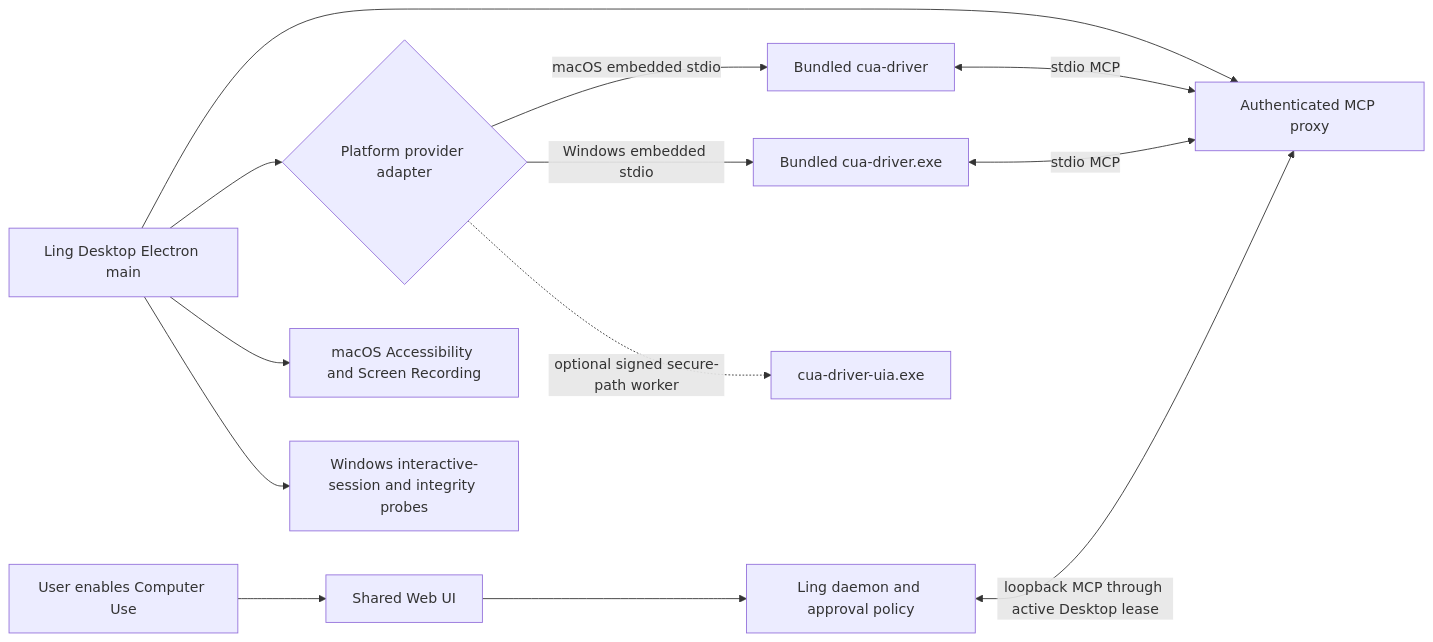
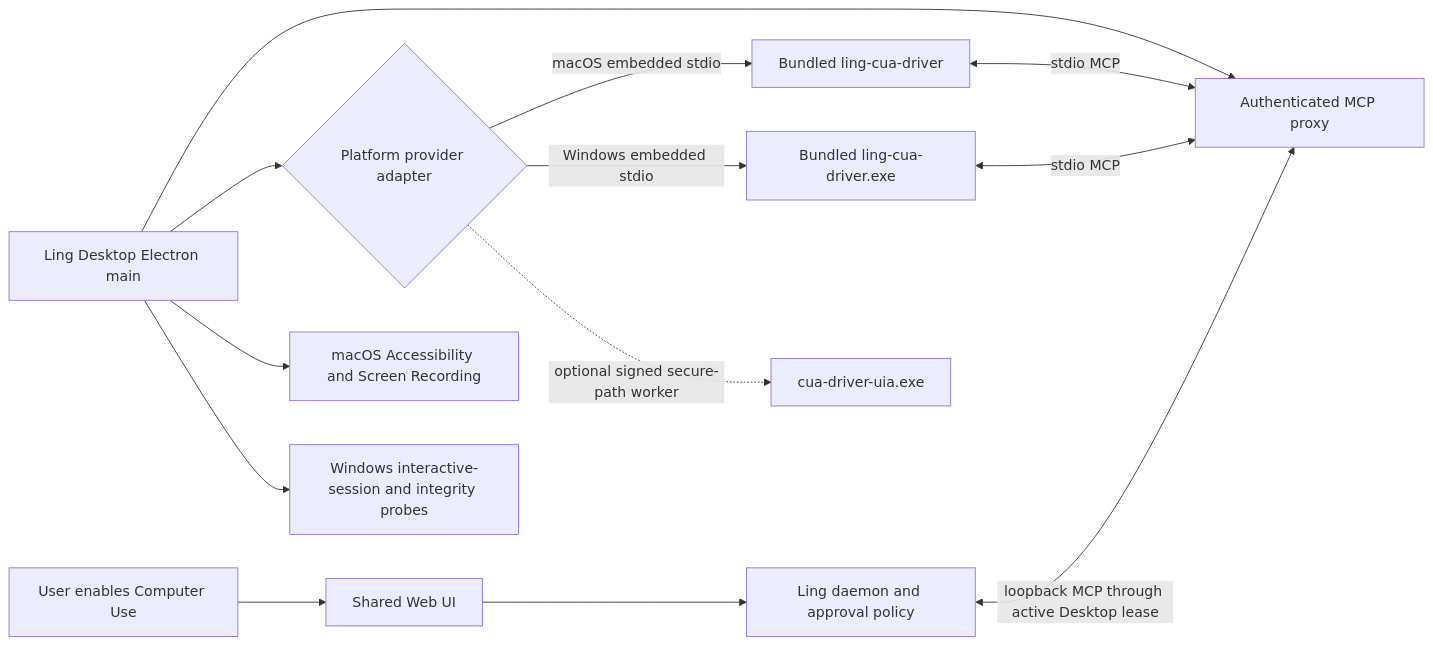
One commit to ling-stack-org/ling-stack changed the diagram in docs/design/cua-driver-bundled-embedded.md. Above: the diagram before and after it, drawn with Mermaid. The commit also changed other lines of this file and 2 other files, not shown here.

First line of the commit message:
docs: define bundled computer control settings

````diff
--- a/docs/design/cua-driver-bundled-embedded.md
+++ b/docs/design/cua-driver-bundled-embedded.md
@@ -304,15 +424,15 @@
 ```mermaid
 flowchart LR
   User[User enables Computer Use] --> Web[Shared Web UI]
   Web --> Daemon[Ling daemon and approval policy]
   Desktop[Ling Desktop Electron main] --> Adapter{Platform provider adapter}
-  Adapter -->|macOS embedded stdio| Driver[Bundled cua-driver]
-  Adapter -->|Windows embedded stdio| DriverWin[Bundled cua-driver.exe]
+  Adapter -->|macOS embedded stdio| Driver[Bundled ling-cua-driver]
+  Adapter -->|Windows embedded stdio| DriverWin[Bundled ling-cua-driver.exe]
   Adapter -.->|optional signed secure-path worker| UIA[cua-driver-uia.exe]
   Desktop --> Proxy[Authenticated MCP proxy]
   Driver <-->|stdio MCP| Proxy
   DriverWin <-->|stdio MCP| Proxy
   Daemon <-->|loopback MCP through active Desktop lease| Proxy
   Desktop --> TCC[macOS Accessibility and Screen Recording]
   Desktop --> Session[Windows interactive-session and integrity probes]
 ```
````
